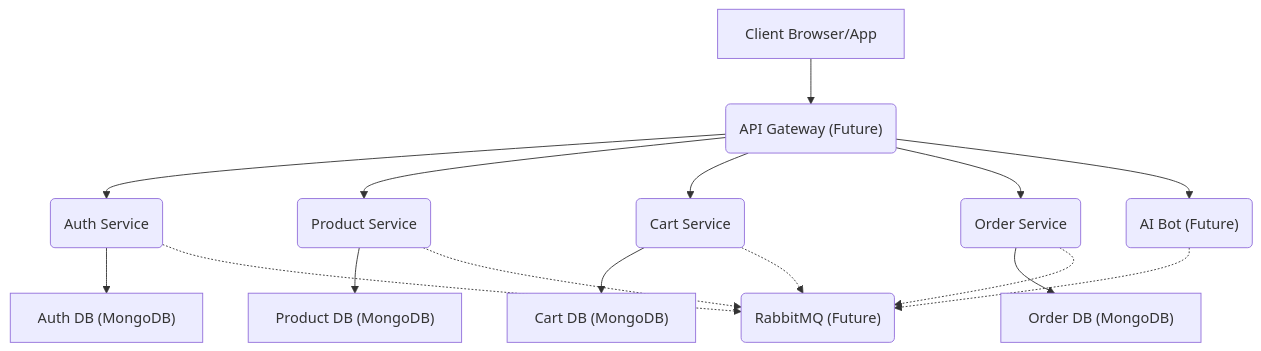
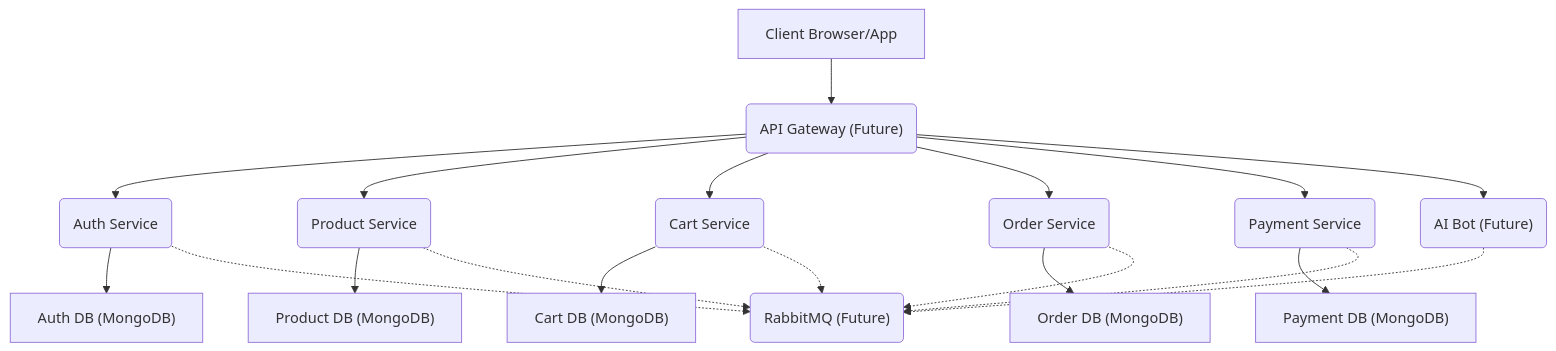
The first of 5 diagrams in README.md (priyanshu-samal/microBazaar), drawn with Mermaid before and after one commit. The commit also changed other lines of this file and 10 other files, not shown here.

````diff
--- a/README.md
+++ b/README.md
@@ -30,20 +30,23 @@
 ```mermaid
 graph TD
     A["Client Browser/App"] --> B("API Gateway (Future)");
     B --> C("Auth Service");
     B --> D("Product Service");
     B --> E("Cart Service");
     B --> F("Order Service");
-    B --> G("AI Bot (Future)");
+    B --> G("Payment Service");
+    B --> H("AI Bot (Future)");
 
     C --> I["Auth DB (MongoDB)"];
     D --> J["Product DB (MongoDB)"];
     E --> K["Cart DB (MongoDB)"];
     F --> L["Order DB (MongoDB)"];
+    G --> M["Payment DB (MongoDB)"];
 
-    C -.-> H("RabbitMQ (Future)");
-    D -.-> H;
-    E -.-> H;
-    F -.-> H;
-    G -.-> H;
+    C -.-> N("RabbitMQ (Future)");
+    D -.-> N;
+    E -.-> N;
+    F -.-> N;
+    G -.-> N;
+    H -.-> N;
 ```
````
